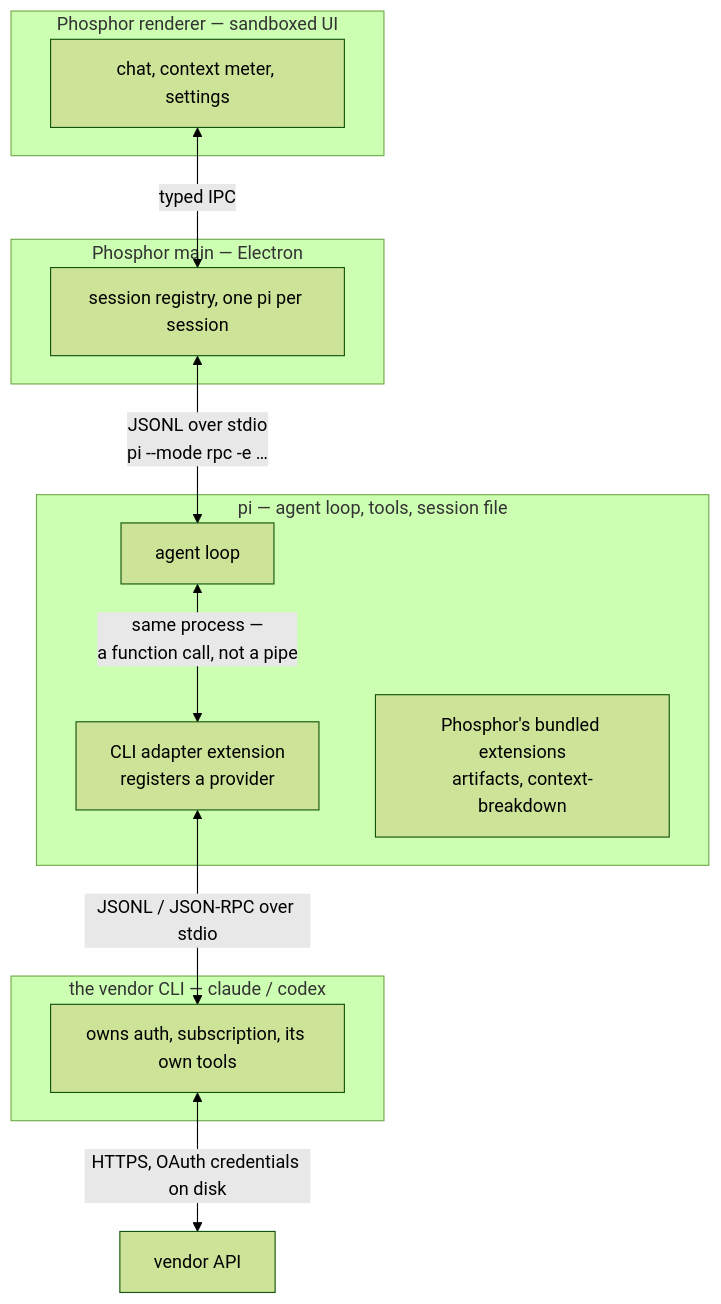
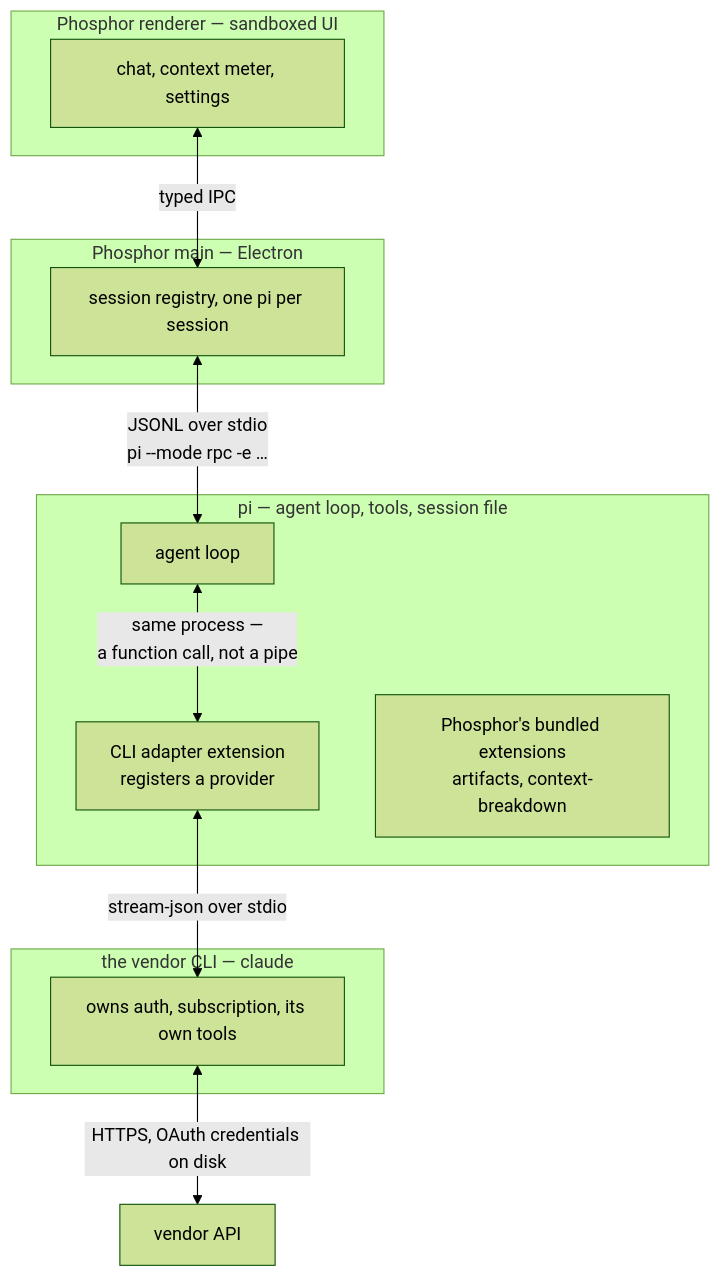
The diagram in docs/cli-providers.md (agustinsacco/phosphor), drawn with Mermaid (forest theme) before and after one commit. The commit also changed other lines of this file and 20 other files, not shown here.

````diff
--- a/docs/cli-providers.md
+++ b/docs/cli-providers.md
@@ -83,24 +83,24 @@
 ```mermaid
 flowchart TB
   subgraph R["Phosphor renderer — sandboxed UI"]
     UI["chat, context meter, settings"]
   end
   subgraph M["Phosphor main — Electron"]
     REG["session registry, one pi per session"]
   end
   subgraph PI["pi — agent loop, tools, session file"]
     LOOP["agent loop"]
     ADP["CLI adapter extension<br/>registers a provider"]
     EXT["Phosphor's bundled extensions<br/>artifacts, context-breakdown"]
   end
-  subgraph CLI["the vendor CLI — claude / codex"]
+  subgraph CLI["the vendor CLI — claude"]
     SUB["owns auth, subscription, its own tools"]
   end
   API["vendor API"]
 
   UI <-->|"typed IPC"| REG
   REG <-->|"JSONL over stdio<br/>pi --mode rpc -e …"| LOOP
   LOOP <-->|"same process —<br/>a function call, not a pipe"| ADP
-  ADP <-->|"JSONL / JSON-RPC over stdio"| SUB
+  ADP <-->|"stream-json over stdio"| SUB
   SUB <-->|"HTTPS, OAuth credentials on disk"| API
 ```
````
